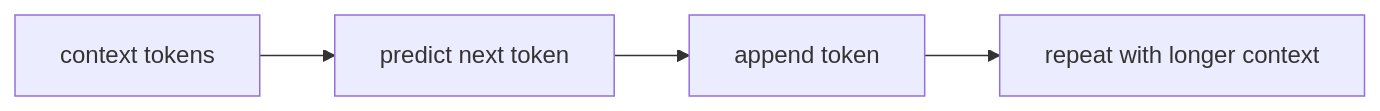
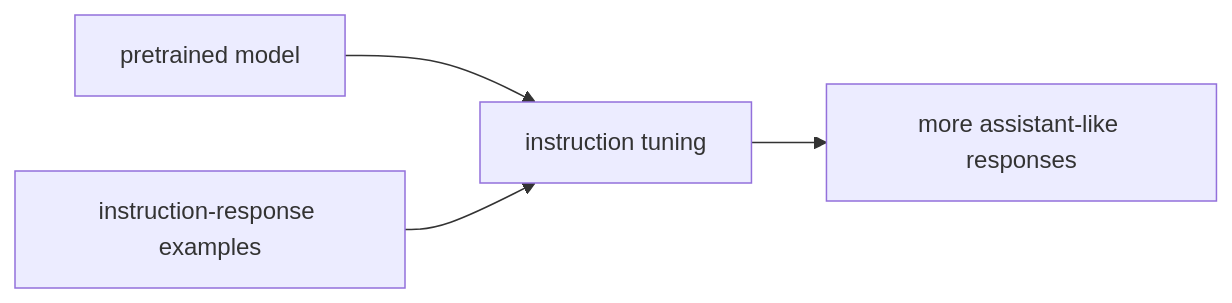
One commit to devchan64/AiBook changed the diagram in docs/parts/part-05/chapter-08/section-01.md. Above: the diagram before and after it, drawn with Mermaid. The commit also changed other lines of this file and 47 other files, not shown here.

````diff
--- a/docs/parts/part-05/chapter-08/section-01.md
+++ b/docs/parts/part-05/chapter-08/section-01.md
@@ -101,9 +119,11 @@
 ```mermaid
 flowchart LR
-  A["context tokens"]
-  B["predict next token"]
-  C["append token"]
-  D["repeat with longer context"]
+  A["pretrained model"]
+  B["instruction-response examples"]
+  C["instruction tuning"]
+  D["more assistant-like responses"]
 
-  A --> B --> C --> D
+  A --> C
+  B --> C
+  C --> D
 ```
````
